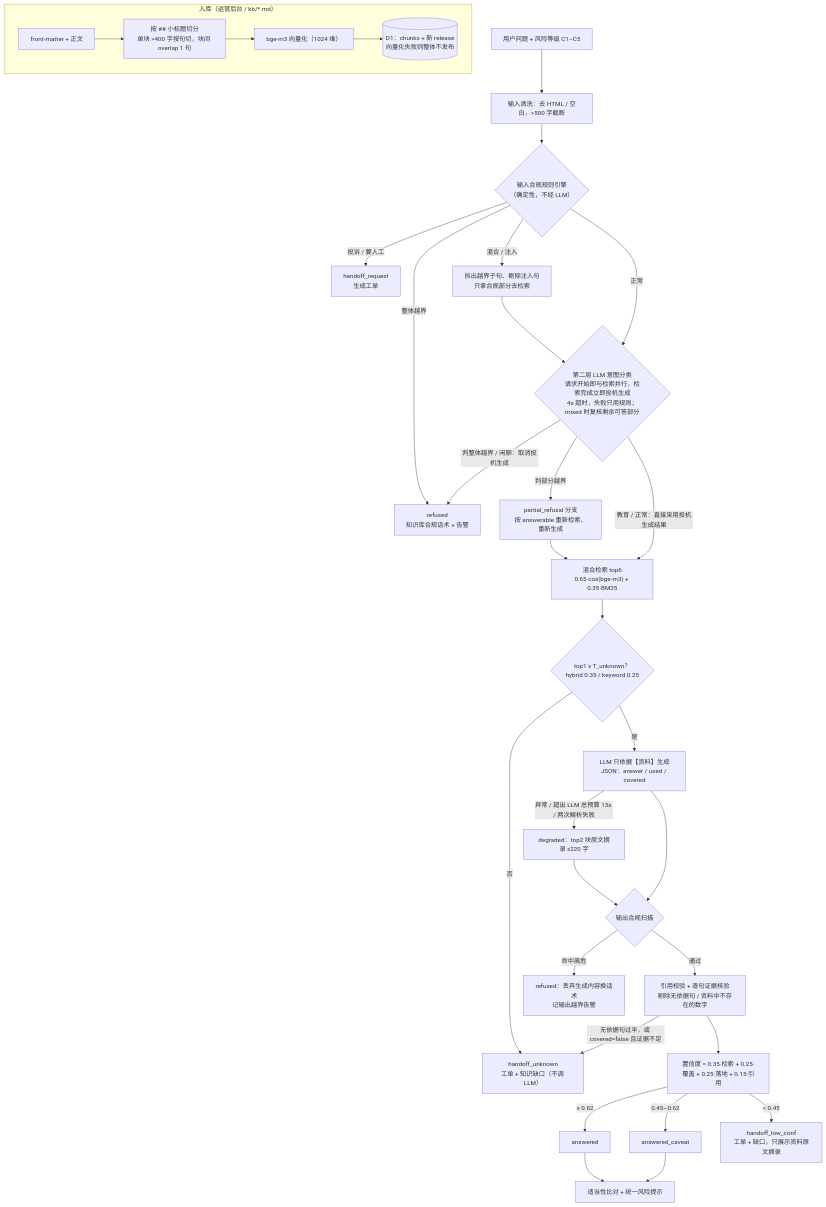
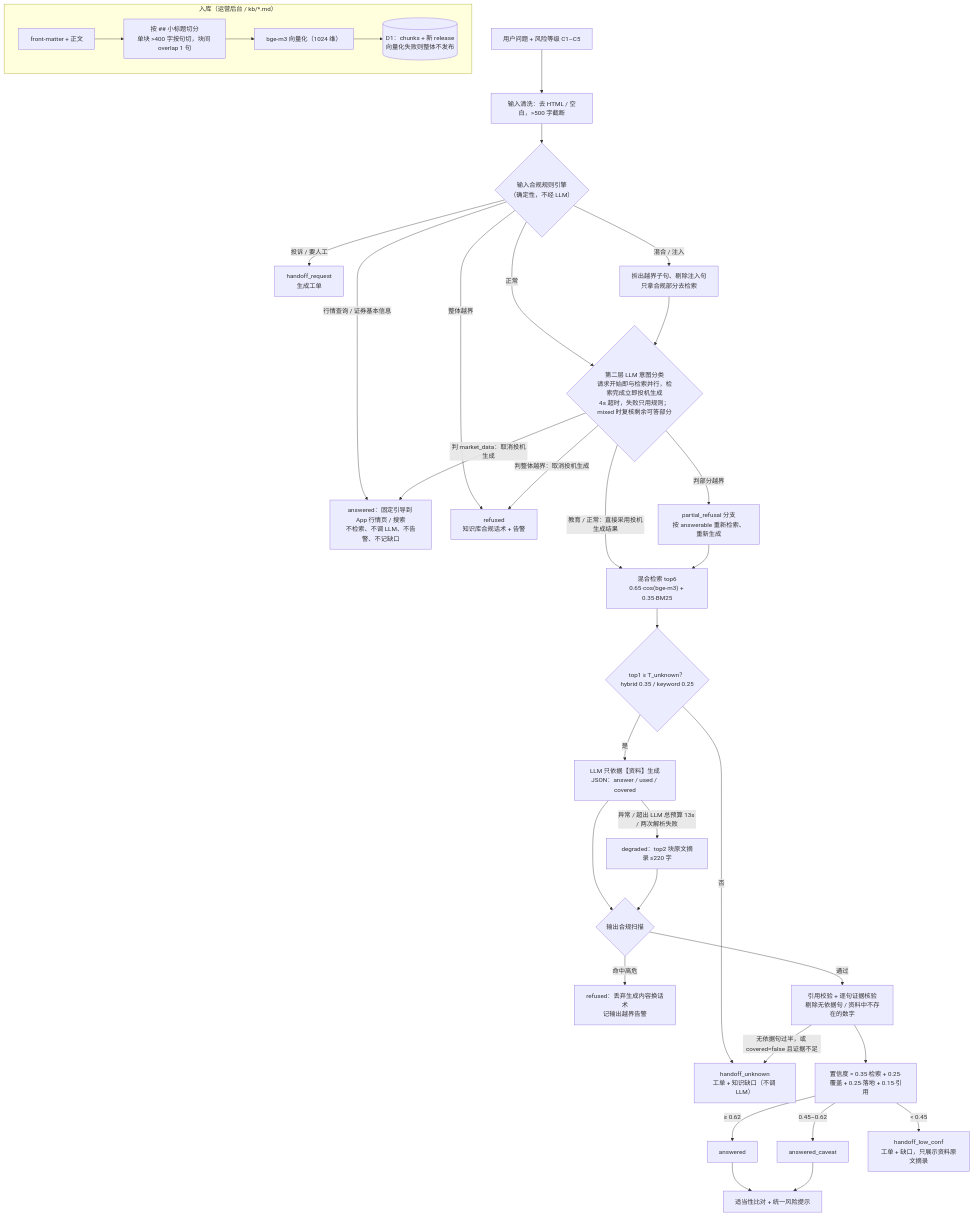
One commit to Neal122234/youju-ai-advisor-qa changed the diagram in README.md. Above: the diagram before and after it, drawn with Mermaid. The commit also changed other lines of this file and 22 other files, not shown here.

````diff
--- a/README.md
+++ b/README.md
@@ -98,35 +98,37 @@
 ```mermaid
 flowchart TD
   subgraph KB["入库（运营后台 / kb/*.md）"]
     K1["front-matter + 正文"] --> K2["按 ## 小标题切分<br/>单块 >400 字按句切，块间 overlap 1 句"]
     K2 --> K3["bge-m3 向量化（1024 维）"]
     K3 --> K4[("D1：chunks + 新 release<br/>向量化失败则整体不发布")]
   end
 
   Q["用户问题 + 风险等级 C1–C5"] --> V["输入清洗：去 HTML / 空白，>500 字截断"]
   V --> R{"输入合规规则引擎<br/>（确定性，不经 LLM）"}
   R -- "投诉 / 要人工" --> HR["handoff_request<br/>生成工单"]
+  R -- "行情查询 / 证券基本信息" --> MD["answered：固定引导到 App 行情页 / 搜索<br/>不检索、不调 LLM、不告警、不记缺口"]
   R -- "整体越界" --> RF["refused<br/>知识库合规话术 + 告警"]
   R -- "混合 / 注入" --> SP["拆出越界子句、剔除注入句<br/>只拿合规部分去检索"]
   R -- "正常" --> IC
   SP --> IC{"第二层 LLM 意图分类<br/>请求开始即与检索并行，检索完成立即投机生成<br/>4s 超时，失败只用规则；mixed 时复核剩余可答部分"}
-  IC -- "判整体越界 / 闲聊：取消投机生成" --> RF
+  IC -- "判整体越界：取消投机生成" --> RF
+  IC -- "判 market_data：取消投机生成" --> MD
   IC -- "判部分越界" --> SP2["partial_refusal 分支<br/>按 answerable 重新检索、重新生成"]
   IC -- "教育 / 正常：直接采用投机生成结果" --> RET["混合检索 top6<br/>0.65·cos(bge-m3) + 0.35·BM25"]
   SP2 --> RET
   RET --> COV{"top1 ≥ T_unknown？<br/>hybrid 0.35 / keyword 0.25"}
   COV -- "否" --> HU["handoff_unknown<br/>工单 + 知识缺口（不调 LLM）"]
   COV -- "是" --> GEN["LLM 只依据【资料】生成<br/>JSON：answer / used / covered"]
   GEN -- "异常 / 超出 LLM 总预算 13s / 两次解析失败" --> DEG["degraded：top2 块原文摘录 ≤220 字"]
   GEN --> OUT{"输出合规扫描"}
   DEG --> OUT
   OUT -- "命中高危" --> RF2["refused：丢弃生成内容换话术<br/>记输出越界告警"]
   OUT -- "通过" --> EV["引用校验 + 逐句证据核验<br/>剔除无依据句 / 资料中不存在的数字"]
   EV -- "无依据句过半，或 covered=false 且证据不足" --> HU
   EV --> CONF["置信度 = 0.35·检索 + 0.25·覆盖 + 0.25·落地 + 0.15·引用"]
   CONF -- "≥ 0.62" --> A1["answered"]
   CONF -- "0.45–0.62" --> A2["answered_caveat"]
   CONF -- "< 0.45" --> HL["handoff_low_conf<br/>工单 + 缺口，只展示资料原文摘录"]
   A1 --> SU["适当性比对 + 统一风险提示"]
   A2 --> SU
 ```
````
